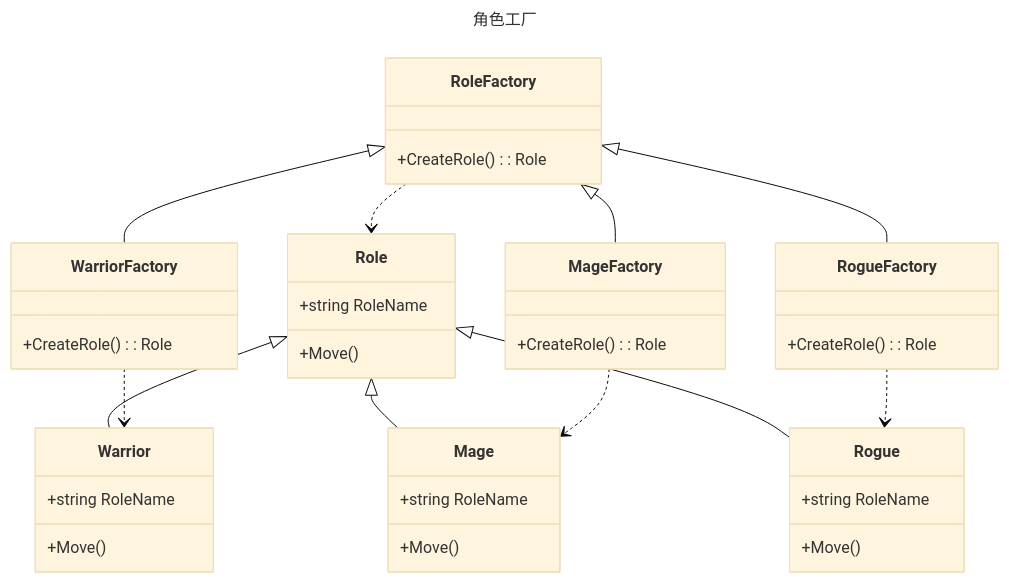
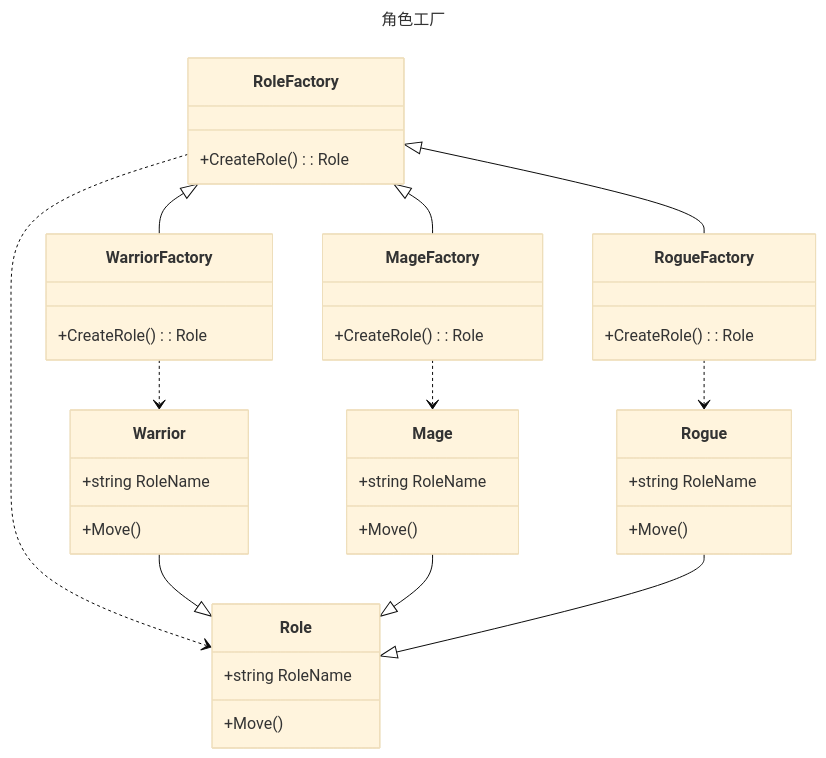
The diagram in other/knowledge/Design/1-Factory.mdx (CollapseNav/CollapseNav.Net.Tool-Doc), drawn with Mermaid (base theme) before and after one commit. The commit also changed 2 other files, not shown here.

Commit message:
添加桥接模式类图, 修改其他几个设计模式的类图排列

````diff
--- a/other/knowledge/Design/1-Factory.mdx
+++ b/other/knowledge/Design/1-Factory.mdx
@@ -29,45 +29,47 @@
 ```mermaid
 ---
 title: 角色工厂
 ---
 classDiagram
-Role<|--Warrior
-Role<|--Mage
-Role<|--Rogue
-RoleFactory<|--WarriorFactory
-RoleFactory<|--MageFactory
-RoleFactory<|--RogueFactory
-WarriorFactory..>Warrior
-MageFactory..>Mage
-RogueFactory..>Rogue
-RoleFactory..>Role
+RoleFactory <|-- WarriorFactory
+RoleFactory <|-- MageFactory
+RoleFactory <|-- RogueFactory
+WarriorFactory ..> Warrior
+MageFactory ..> Mage
+RogueFactory ..> Rogue
+
+RoleFactory ..> Role
+
+Warrior --|> Role
+Mage --|> Role
+Rogue --|> Role
 
 class Role{
     +string RoleName
     +Move()
 }
 class RoleFactory{
     +CreateRole(): Role
 }
 class Warrior{
     +string RoleName
     +Move()
 }
 class Mage{
     +string RoleName
     +Move()
 }
 class Rogue{
     +string RoleName
     +Move()
 }
 class WarriorFactory{
     +CreateRole(): Role
 }
 class MageFactory{
     +CreateRole(): Role
 }
 class RogueFactory{
     +CreateRole(): Role
 }
 ```
````
